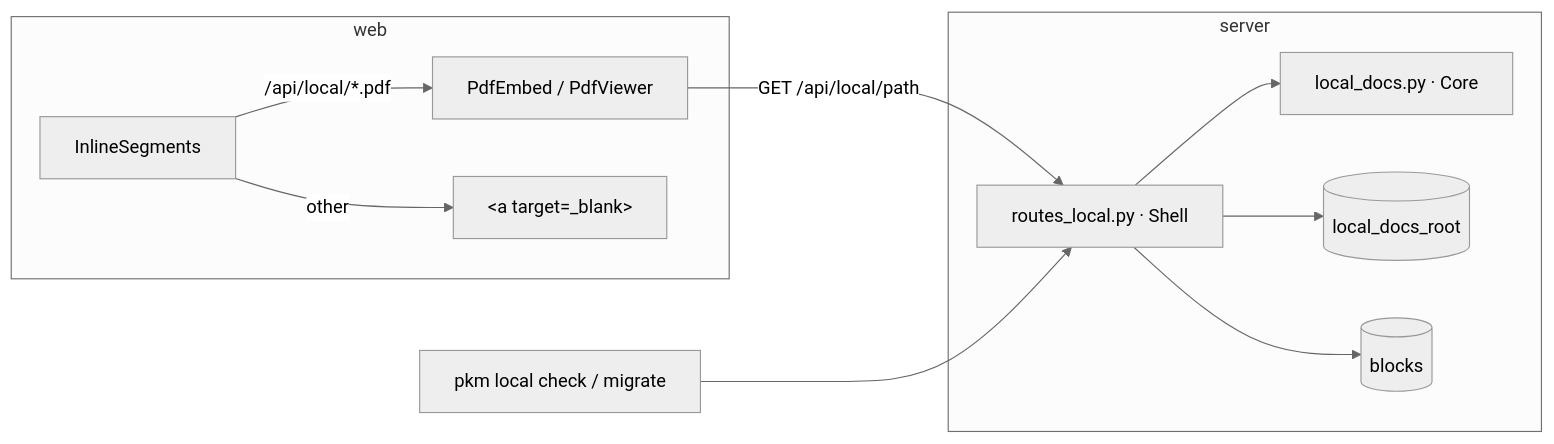
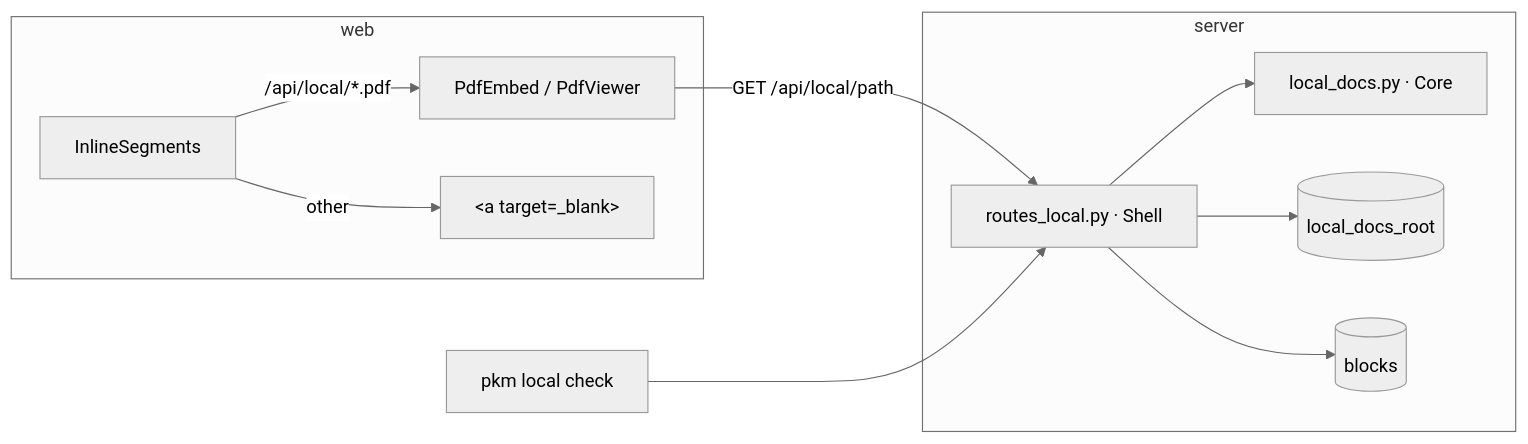
Before and after one commit to ArthurClune/pkm-system: the diagram in docs/superpowers/specs/2026-09-21-local-docs-links-design.md, drawn with Mermaid (neutral theme). The commit also changed other lines of this file and 1 other file, not shown here.

First line of the commit message:
docs(spec): local-docs migration is a scratchpad script, not a route

````diff
--- a/docs/superpowers/specs/2026-09-21-local-docs-links-design.md
+++ b/docs/superpowers/specs/2026-09-21-local-docs-links-design.md
@@ -30,14 +30,14 @@
 ```mermaid
 flowchart LR
   subgraph web
     IS[InlineSegments] -->|"/api/local/*.pdf"| PE[PdfEmbed / PdfViewer]
     IS -->|other| A["&lt;a target=_blank&gt;"]
   end
   subgraph server
     RL[routes_local.py · Shell] --> LD[local_docs.py · Core]
     RL --> FS[(local_docs_root)]
     RL --> DB[(blocks)]
   end
   PE -->|GET /api/local/path| RL
-  CLI[pkm local check / migrate] --> RL
+  CLI[pkm local check] --> RL
 ```
````
